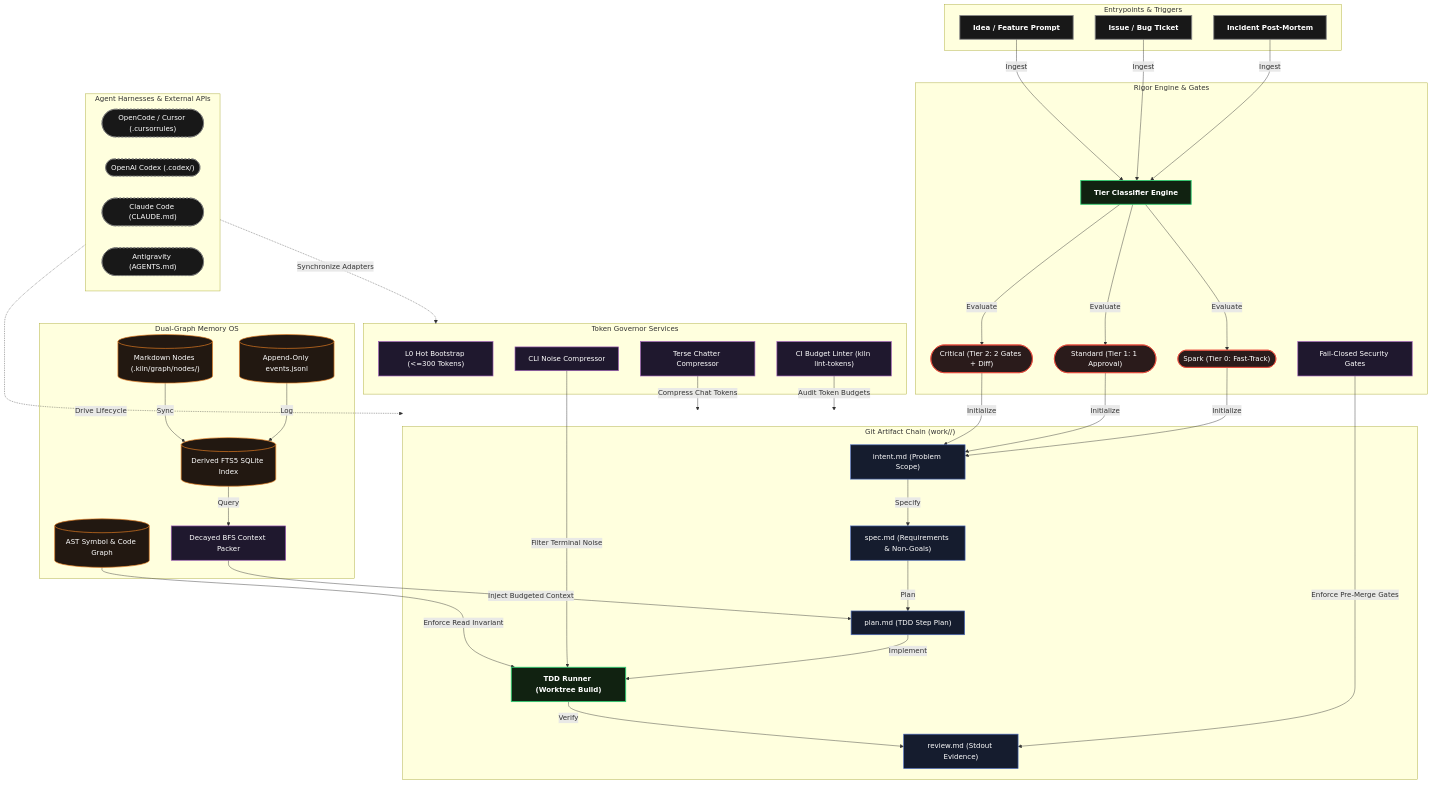
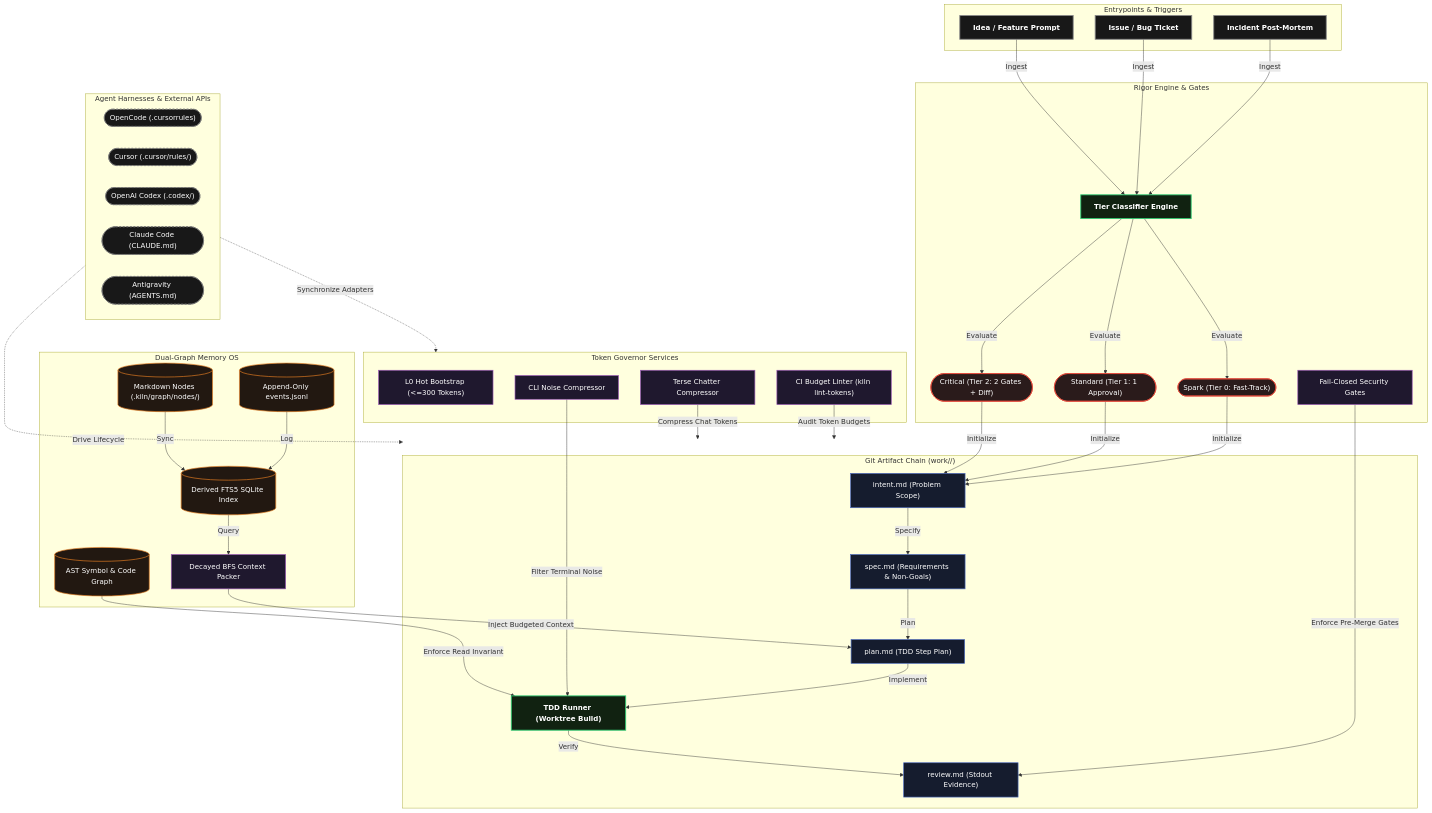
The diagram in README.md (cristiangilsanz/kilnOS), drawn with Mermaid before and after one commit. The commit also changed other lines of this file and 3 other files, not shown here.

Commit message:
feat(badges): add Cursor badge after OpenCode and ensure consistent 5-harness ordering throughout repository

```diff
--- a/README.md
+++ b/README.md
@@ -71,7 +72,8 @@
     end
 
     subgraph External["Agent Harnesses & External APIs"]
-        opencode(["OpenCode / Cursor (.cursorrules)"]):::ext
+        opencode(["OpenCode (.cursorrules)"]):::ext
+        cursor(["Cursor (.cursor/rules/)"]):::ext
         codex(["OpenAI Codex (.codex/)"]):::ext
         claude(["Claude Code (CLAUDE.md)"]):::ext
         antigravity(["Antigravity (AGENTS.md)"]):::ext
```
